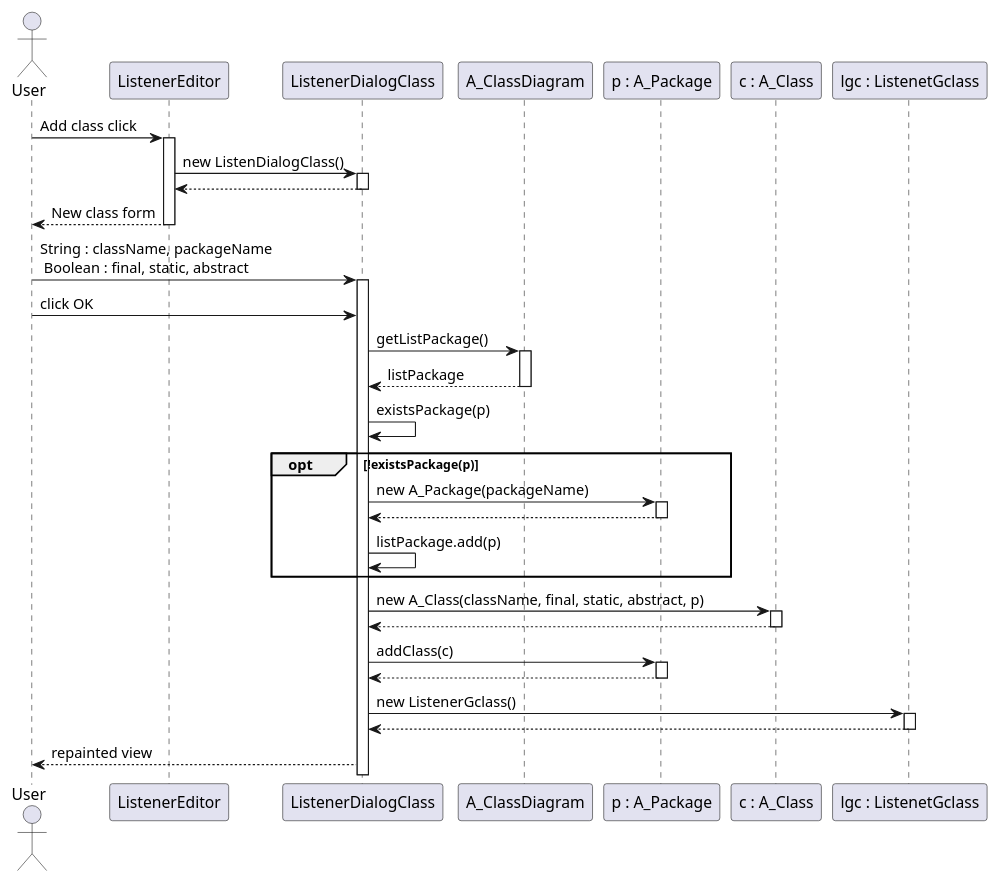
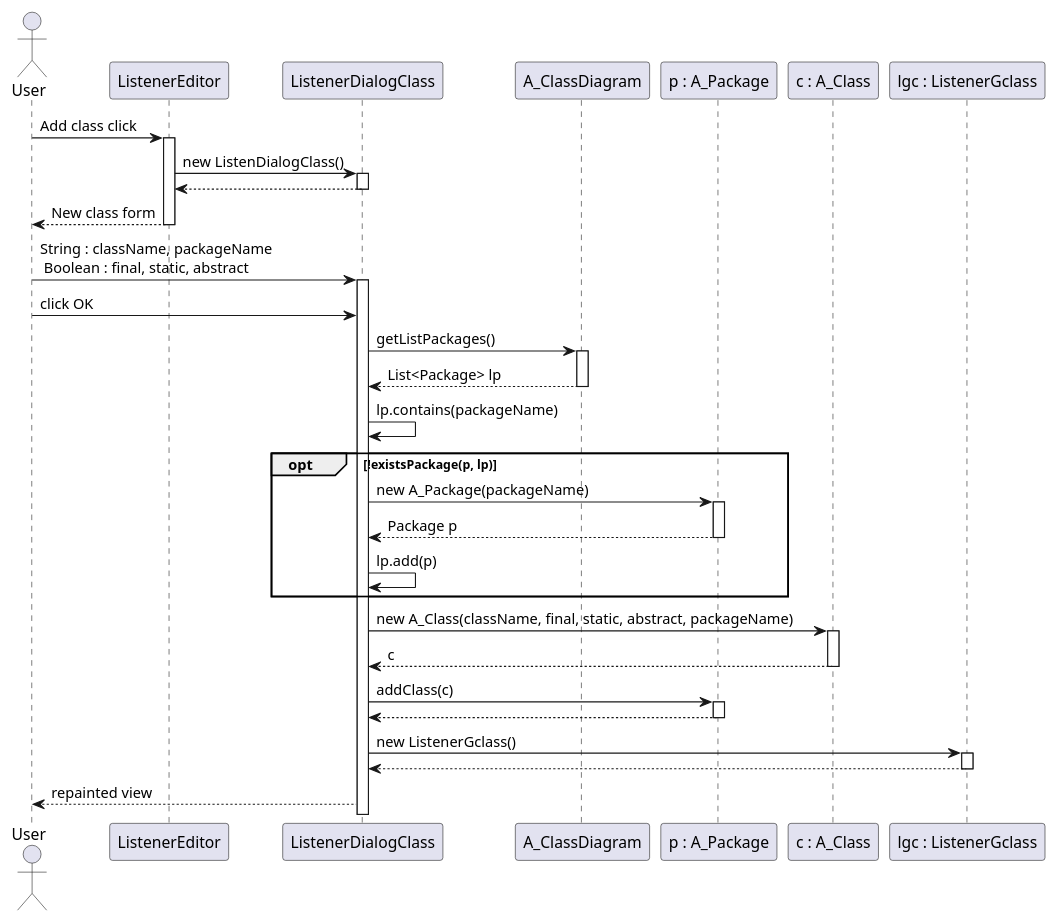
The diagram in src/com/github/tomap/uml/conception/sequenceDiagrams/addClass.puml (Phalexei/Modeleur), drawn with PlantUML before and after one commit. The commit also changed 2 other files, not shown here.

Commit message:
Diagrammes de séquences de conception

```diff
--- a/src/com/github/tomap/uml/conception/sequenceDiagrams/addClass.puml
+++ b/src/com/github/tomap/uml/conception/sequenceDiagrams/addClass.puml
@@ -1,55 +1,56 @@
 @startuml
 
     actor User as u
     participant ListenerEditor as le
     participant ListenerDialogClass as ldc
     participant A_ClassDiagram as Cd
     participant "p : A_Package" as p
     participant "c : A_Class" as c
-    participant "lgc : ListenetGclass" as lgc
+    participant "lgc : ListenerGclass" as lgc
         
 	u -> le: Add class click
 	activate le
         le -> ldc: new ListenDialogClass()
         activate ldc
         ldc --> le
         deactivate ldc
         le --> u: New class form 
         deactivate le
 
         u -> ldc: String : className, packageName\n Boolean : final, static, abstract
         activate ldc
         u -> ldc: click OK
-	ldc -> Cd: getListPackage()
+        
+        ldc -> Cd: getListPackages()
         activate Cd
-	Cd --> ldc: listPackage
+        Cd --> ldc: List<Package> lp
         deactivate Cd
+        
+        ldc -> ldc: lp.contains(packageName)
 
-        ldc -> ldc: existsPackage(p)
-
-	opt !existsPackage(p)
+	opt !existsPackage(p, lp)
             ldc -> p: new A_Package(packageName)
             activate p
-            p --> ldc
+            p --> ldc: Package p
             deactivate p
 
-            ldc -> ldc: listPackage.add(p)
+            ldc -> ldc: lp.add(p)
 	end
         
-	ldc -> c: new A_Class(className, final, static, abstract, p)
+	ldc -> c: new A_Class(className, final, static, abstract, packageName)
         activate c
-        c --> ldc
+        c --> ldc: c
 	deactivate c
 
         ldc -> p: addClass(c)
         activate p
         p --> ldc
         deactivate p
         
         ldc -> lgc: new ListenerGclass()
         activate lgc
         lgc --> ldc
         deactivate lgc
 
         ldc --> u: repainted view
 @enduml
```
